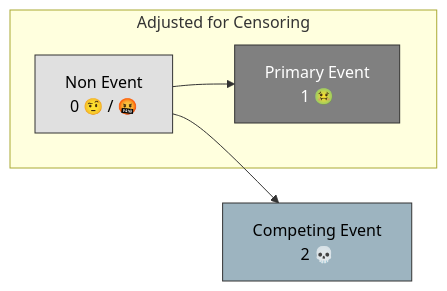
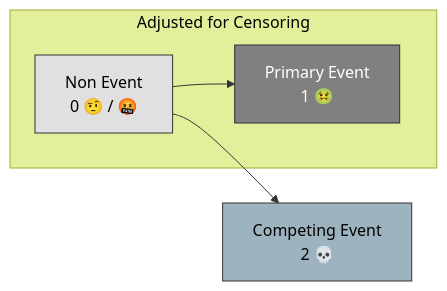
Before and after one commit to uriahf/rtichoke_python: the third of 5 diagrams in docs/before_we_validate.qmd, drawn with Mermaid. The commit also changed other lines of this file and 45 other files, not shown here.

````diff
--- a/docs/before_we_validate.qmd
+++ b/docs/before_we_validate.qmd
@@ -151,20 +151,23 @@
 ```{mermaid}
 
 graph LR
-    subgraph Adjusted for Censoring
+    subgraph adj[Adjusted for Censoring]
     S0["Non Event<br>0 🤨 / 🤬"] -->S1["Primary Event<br>1 🤢"]    
     end
     S0 -->S2["Competing Event<br>2 💀"]
 
     
     classDef nonEvent fill:#E0E0E0,stroke:#333,stroke-width:1px,color:black
     classDef primaryEvent fill:#808080,stroke:#333,stroke-width:1px,color:white
     classDef competingEvent fill:#9DB4C0,stroke:#333,stroke-width:1px,color:black
     
     class S0 nonEvent
     class S1 primaryEvent
     class S2 competingEvent
 
     linkStyle 0 stroke:#333
+    
+    style adj fill:#E3F09B,color:black
+
 
 ```
````
